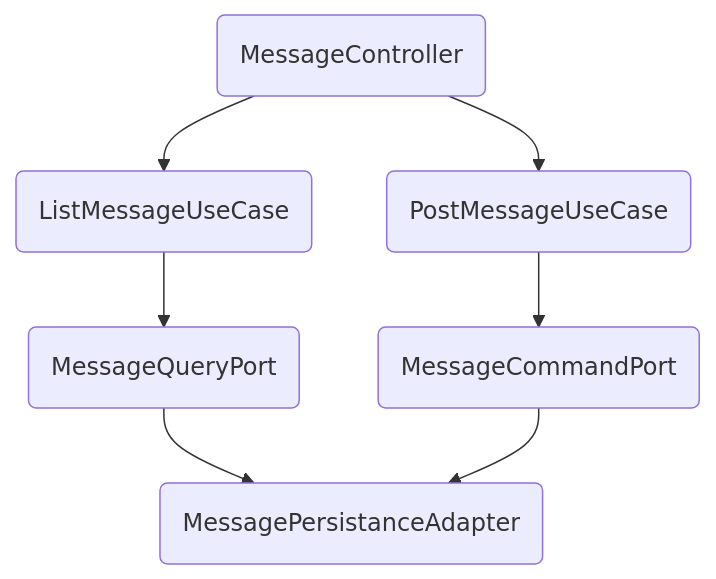
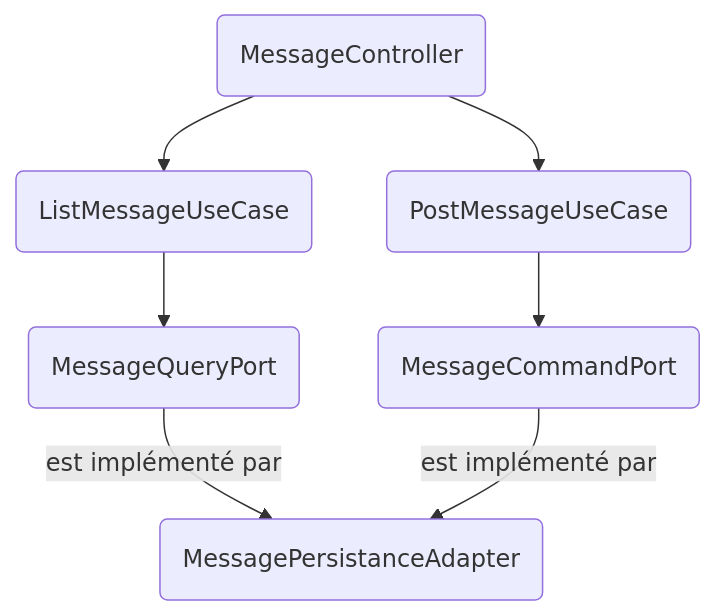
The diagram in backend/README.md (dbeaumont/chat-app), drawn with Mermaid before and after one commit.

Commit message:
Modification readme.md backend

````diff
--- a/backend/README.md
+++ b/backend/README.md
@@ -100,9 +100,9 @@
 ```mermaid
 flowchart TD
     A(ListMessageUseCase) --> B(MessageQueryPort)
     C(PostMessageUseCase) --> D(MessageCommandPort)
     E(MessageController) --> C
     E --> A
-    B --> F(MessagePersistanceAdapter)
-    D --> F
+    B --> |est implémenté par|F(MessagePersistanceAdapter) 
+    D --> |est implémenté par|F
 ```
````
